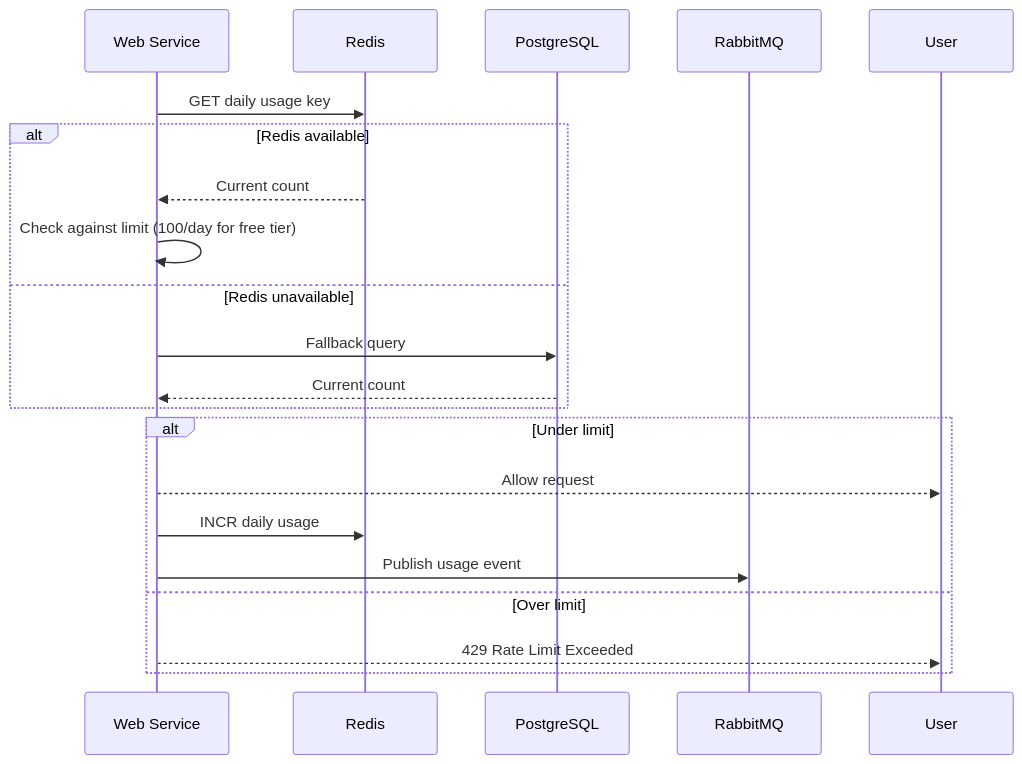
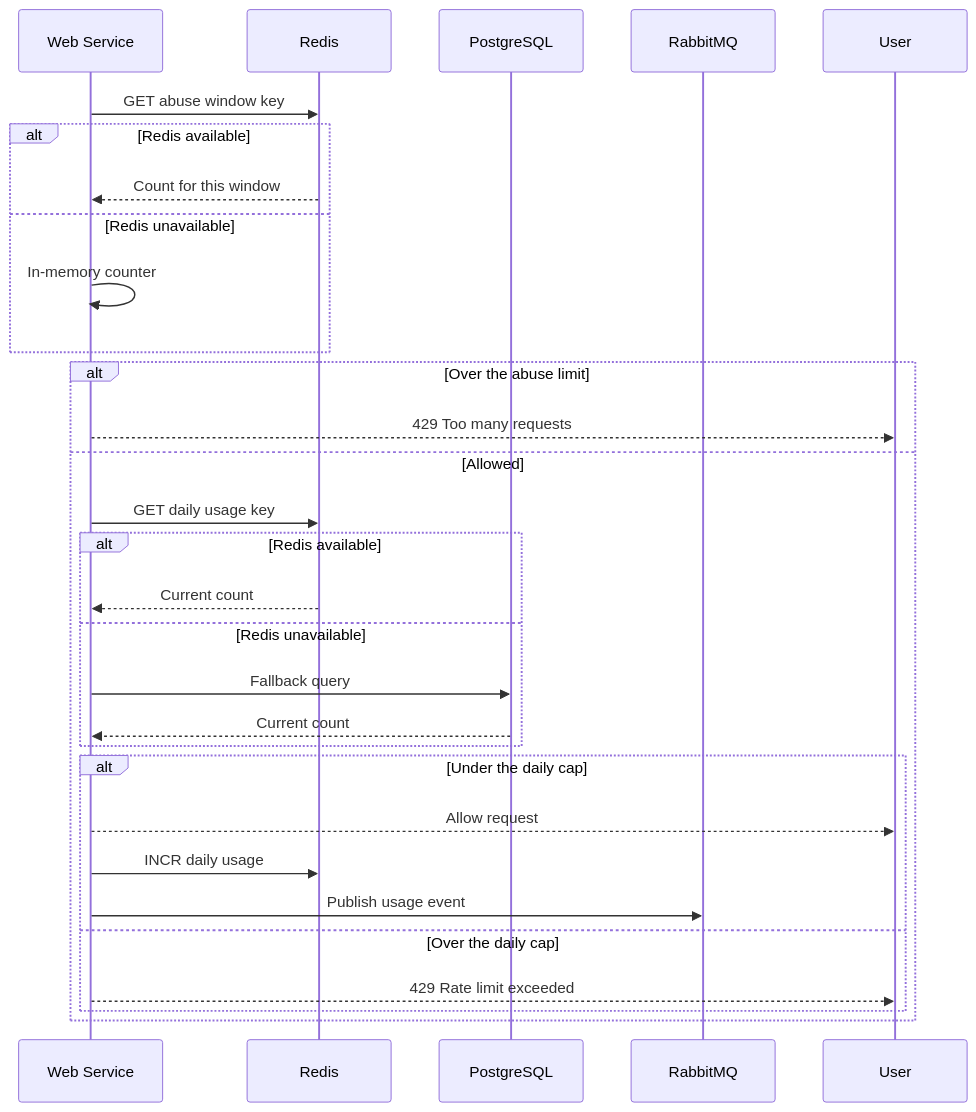
The fifth of 5 diagrams in apps/web/docs/concepts/request-flows.md (kunalPisolkar24/detectAI), drawn with Mermaid before and after one commit. The commit also changed other lines of this file and 13 other files, not shown here.

````diff
--- a/apps/web/docs/concepts/request-flows.md
+++ b/apps/web/docs/concepts/request-flows.md
@@ -171,24 +201,34 @@
 ```mermaid
 sequenceDiagram
     participant Web as Web Service
     participant Redis as Redis
     participant DB as PostgreSQL
     participant RabbitMQ as RabbitMQ
 
-    Web->>Redis: GET daily usage key
+    Web->>Redis: GET abuse window key
     alt Redis available
-        Redis-->>Web: Current count
-        Web->>Web: Check against limit (100/day for free tier)
+        Redis-->>Web: Count for this window
     else Redis unavailable
-        Web->>DB: Fallback query
-        DB-->>Web: Current count
+        Web->>Web: In-memory counter
     end
 
-    alt Under limit
-        Web-->>User: Allow request
-        Web->>Redis: INCR daily usage
-        Web->>RabbitMQ: Publish usage event
-    else Over limit
-        Web-->>User: 429 Rate Limit Exceeded
+    alt Over the abuse limit
+        Web-->>User: 429 Too many requests
+    else Allowed
+        Web->>Redis: GET daily usage key
+        alt Redis available
+            Redis-->>Web: Current count
+        else Redis unavailable
+            Web->>DB: Fallback query
+            DB-->>Web: Current count
+        end
+
+        alt Under the daily cap
+            Web-->>User: Allow request
+            Web->>Redis: INCR daily usage
+            Web->>RabbitMQ: Publish usage event
+        else Over the daily cap
+            Web-->>User: 429 Rate limit exceeded
+        end
     end
 ```
````
